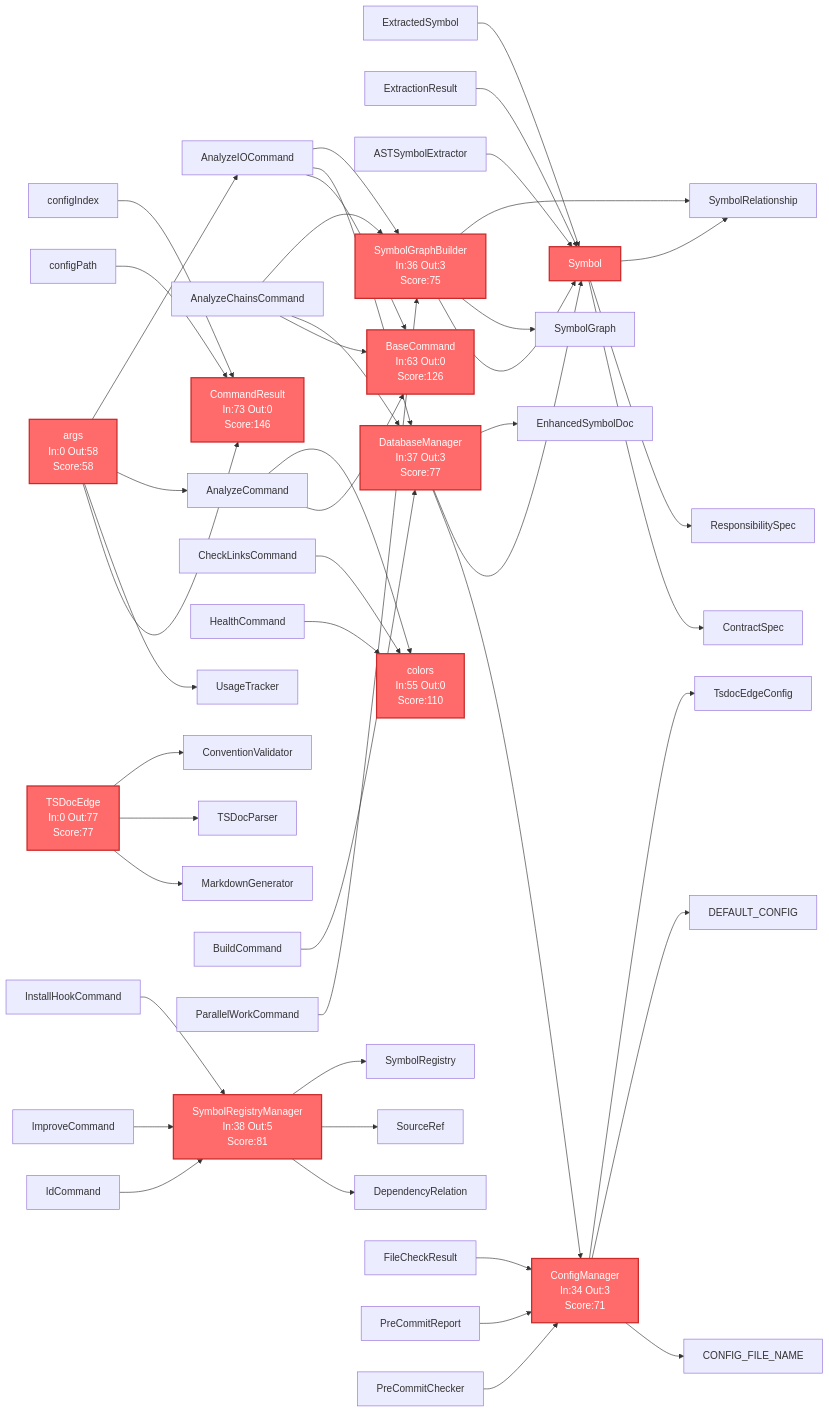
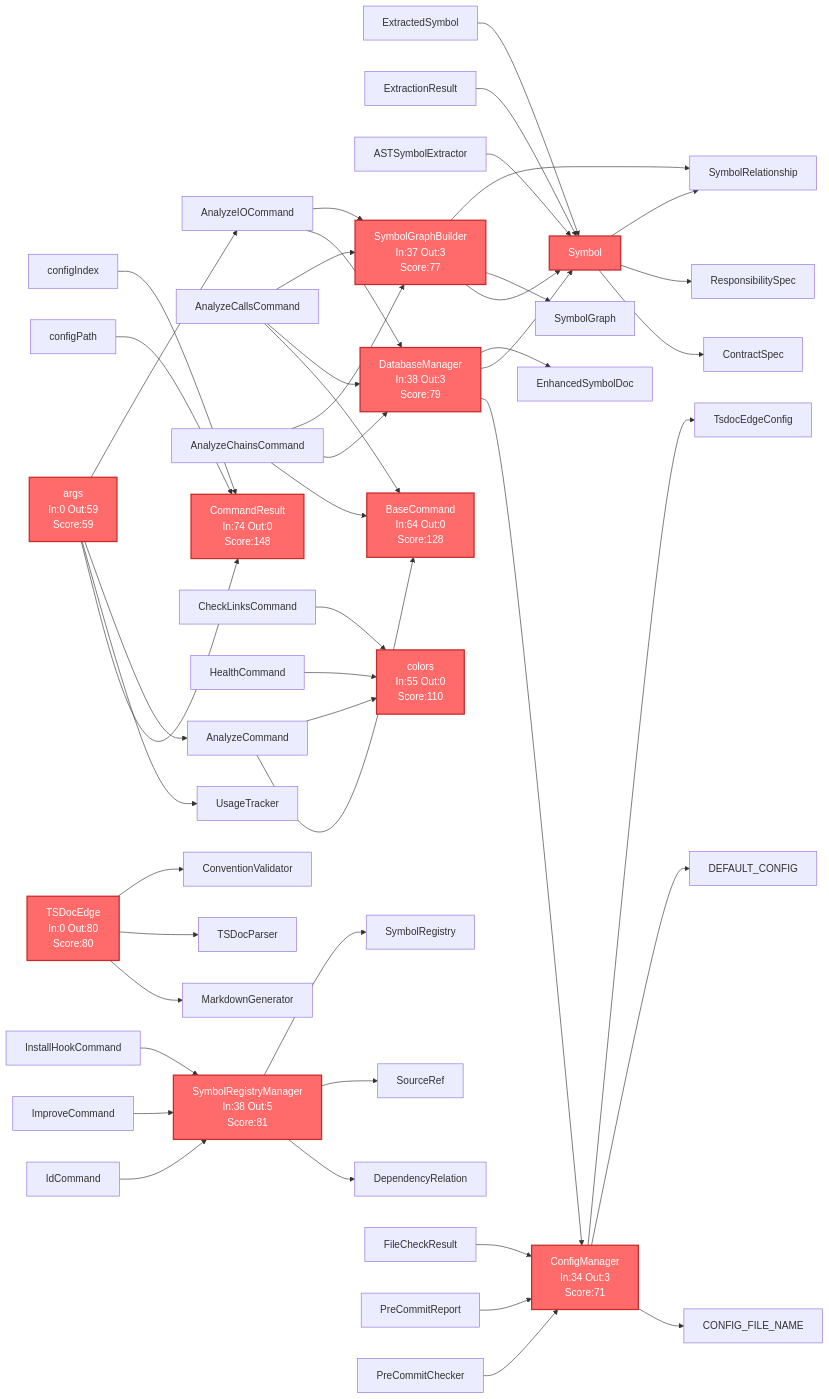
One commit to mineclover/tsdoc-edge changed the diagram in .tsdoc/diagrams/hotspots.mmd. Above: the diagram before and after it, drawn with Mermaid. The commit also changed 3 other files, not shown here.

First line of the commit message:
docs: Update hotspot and module diagrams, add validation workflow documentation

```diff
--- a/.tsdoc/diagrams/hotspots.mmd
+++ b/.tsdoc/diagrams/hotspots.mmd
@@ -1,65 +1,61 @@
-%% Top 10 Hotspots (Original - Code Dependencies Only)
-%% NOTE: See hotspots-with-calls.mmd for updated analysis with call graph integration
-%% This diagram shows hotspots based on code-dependency and io-dependency only
-
 graph LR
-  interface_symbol["Symbol<br/>In:83 Out:4<br/>Score:170"]:::critical
+  interface_symbol["Symbol<br/>In:85 Out:4<br/>Score:174"]:::critical
   interface_extractedsymbol["ExtractedSymbol"] --> interface_symbol
   interface_extractionresult["ExtractionResult"] --> interface_symbol
   class_astsymbolextractor["ASTSymbolExtractor"] --> interface_symbol
   interface_symbol --> interface_contractspec["ContractSpec"]
   interface_symbol --> interface_responsibilityspec["ResponsibilitySpec"]
   interface_symbol --> interface_symbolrelationship["SymbolRelationship"]
-  interface_commandresult["CommandResult<br/>In:73 Out:0<br/>Score:146"]:::critical
+  interface_commandresult["CommandResult<br/>In:74 Out:0<br/>Score:148"]:::critical
   variable_args["args"] --> interface_commandresult
   variable_configpath["configPath"] --> interface_commandresult
   variable_configindex["configIndex"] --> interface_commandresult
-  class_basecommand["BaseCommand<br/>In:63 Out:0<br/>Score:126"]:::critical
+  class_basecommand["BaseCommand<br/>In:64 Out:0<br/>Score:128"]:::critical
+  class_analyzecallscommand["AnalyzeCallsCommand"] --> class_basecommand
   class_analyzechainscommand["AnalyzeChainsCommand"] --> class_basecommand
   class_analyzecommand["AnalyzeCommand"] --> class_basecommand
-  class_analyzeiocommand["AnalyzeIOCommand"] --> class_basecommand
   variable_colors["colors<br/>In:55 Out:0<br/>Score:110"]:::critical
   class_analyzecommand["AnalyzeCommand"] --> variable_colors
   class_checklinkscommand["CheckLinksCommand"] --> variable_colors
   class_healthcommand["HealthCommand"] --> variable_colors
   class_symbolregistrymanager["SymbolRegistryManager<br/>In:38 Out:5<br/>Score:81"]:::critical
   class_idcommand["IdCommand"] --> class_symbolregistrymanager
   class_improvecommand["ImproveCommand"] --> class_symbolregistrymanager
   class_installhookcommand["InstallHookCommand"] --> class_symbolregistrymanager
   class_symbolregistrymanager --> interface_dependencyrelation["DependencyRelation"]
   class_symbolregistrymanager --> interface_sourceref["SourceRef"]
   class_symbolregistrymanager --> interface_symbolregistry["SymbolRegistry"]
-  class_tsdocedge["TSDocEdge<br/>In:0 Out:77<br/>Score:77"]:::critical
+  class_tsdocedge["TSDocEdge<br/>In:0 Out:80<br/>Score:80"]:::critical
   class_tsdocedge --> class_markdowngenerator["MarkdownGenerator"]
   class_tsdocedge --> class_tsdocparser["TSDocParser"]
   class_tsdocedge --> class_conventionvalidator["ConventionValidator"]
-  class_databasemanager["DatabaseManager<br/>In:37 Out:3<br/>Score:77"]:::critical
+  class_databasemanager["DatabaseManager<br/>In:38 Out:3<br/>Score:79"]:::critical
+  class_analyzecallscommand["AnalyzeCallsCommand"] --> class_databasemanager
   class_analyzechainscommand["AnalyzeChainsCommand"] --> class_databasemanager
   class_analyzeiocommand["AnalyzeIOCommand"] --> class_databasemanager
-  class_buildcommand["BuildCommand"] --> class_databasemanager
   class_databasemanager --> class_configmanager["ConfigManager"]
   class_databasemanager --> interface_symbol["Symbol"]
   class_databasemanager --> interface_enhancedsymboldoc["EnhancedSymbolDoc"]
-  class_symbolgraphbuilder["SymbolGraphBuilder<br/>In:36 Out:3<br/>Score:75"]:::critical
+  class_symbolgraphbuilder["SymbolGraphBuilder<br/>In:37 Out:3<br/>Score:77"]:::critical
+  class_analyzecallscommand["AnalyzeCallsCommand"] --> class_symbolgraphbuilder
   class_analyzechainscommand["AnalyzeChainsCommand"] --> class_symbolgraphbuilder
   class_analyzeiocommand["AnalyzeIOCommand"] --> class_symbolgraphbuilder
-  class_parallelworkcommand["ParallelWorkCommand"] --> class_symbolgraphbuilder
   class_symbolgraphbuilder --> interface_symbol["Symbol"]
   class_symbolgraphbuilder --> interface_symbolgraph["SymbolGraph"]
   class_symbolgraphbuilder --> interface_symbolrelationship["SymbolRelationship"]
   class_configmanager["ConfigManager<br/>In:34 Out:3<br/>Score:71"]:::critical
   interface_filecheckresult["FileCheckResult"] --> class_configmanager
   interface_precommitreport["PreCommitReport"] --> class_configmanager
   class_precommitchecker["PreCommitChecker"] --> class_configmanager
   class_configmanager --> constant_config_file_name["CONFIG_FILE_NAME"]
   class_configmanager --> constant_default_config["DEFAULT_CONFIG"]
   class_configmanager --> interface_tsdocedgeconfig["TsdocEdgeConfig"]
-  variable_args["args<br/>In:0 Out:58<br/>Score:58"]:::critical
+  variable_args["args<br/>In:0 Out:59<br/>Score:59"]:::critical
   variable_args --> class_usagetracker["UsageTracker"]
   variable_args --> class_analyzecommand["AnalyzeCommand"]
   variable_args --> class_analyzeiocommand["AnalyzeIOCommand"]
 
   classDef critical fill:#ff6b6b,stroke:#c92a2a,stroke-width:2px,color:#fff
   classDef high fill:#ffa94d,stroke:#fd7e14,stroke-width:2px
   classDef medium fill:#74c0fc,stroke:#339af0,stroke-width:2px
   classDef low fill:#b2f2bb,stroke:#51cf66,stroke-width:2px
```
